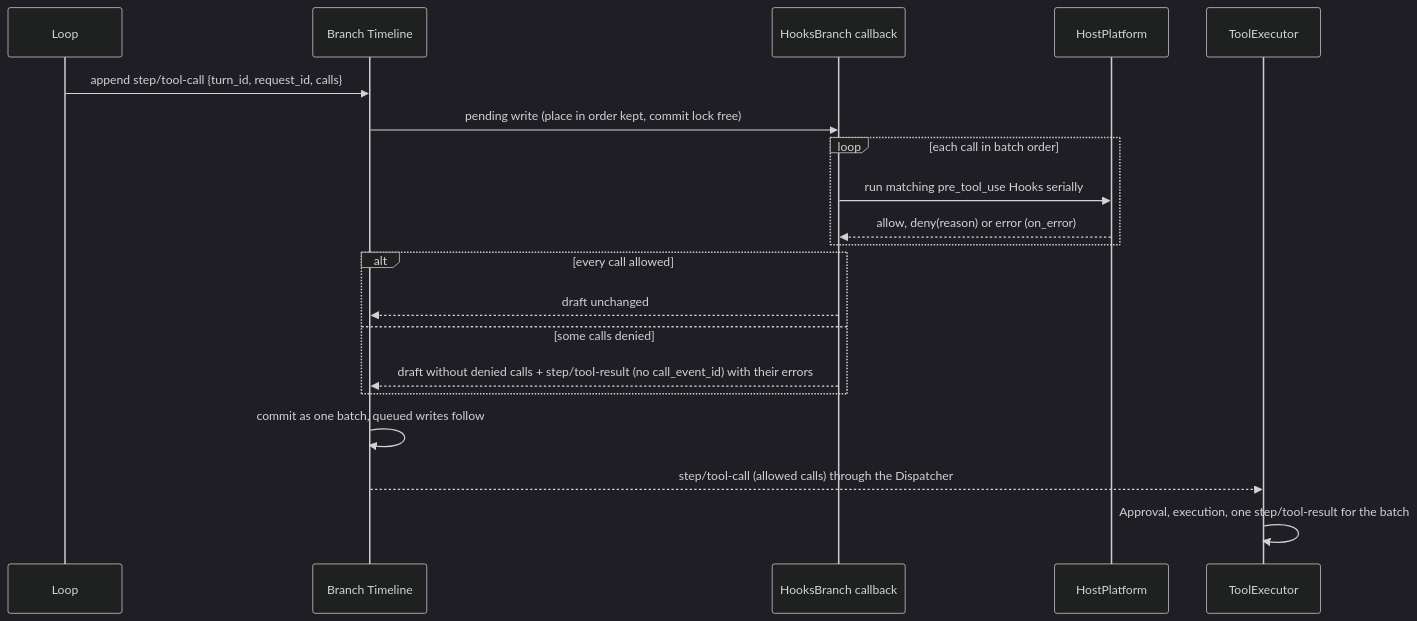
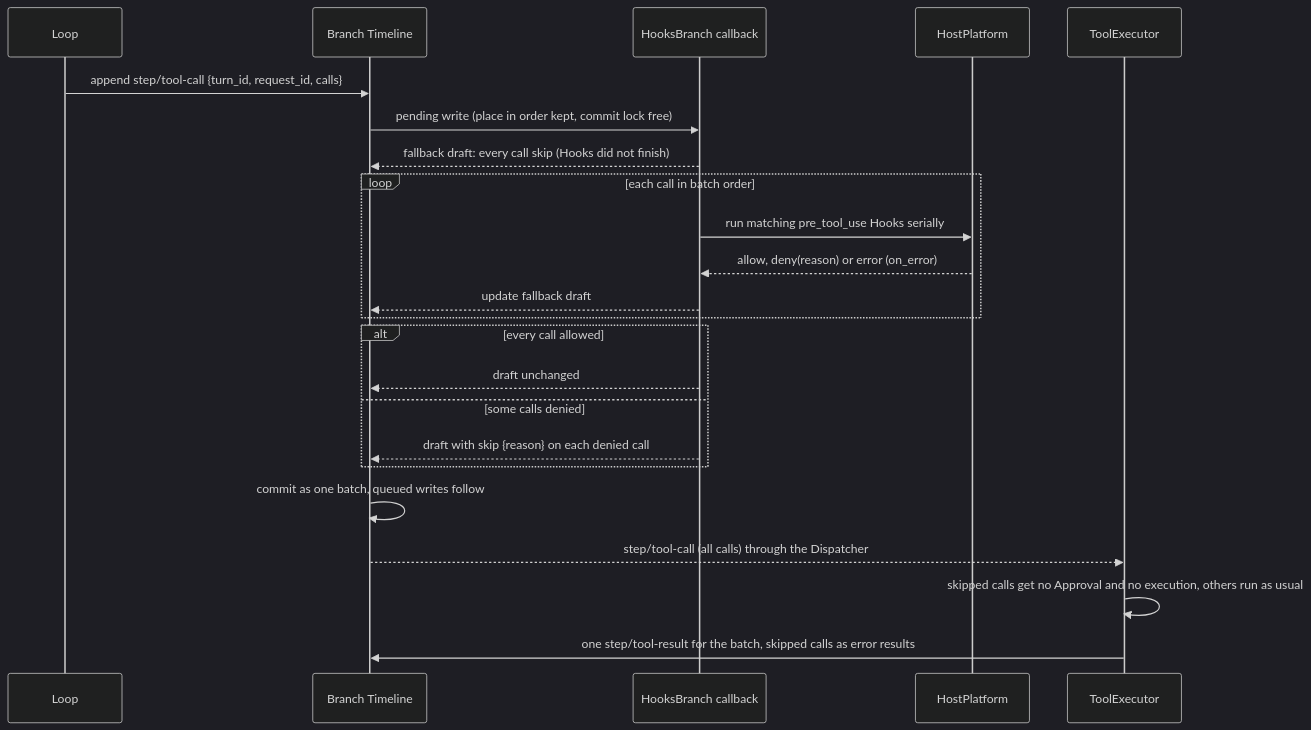
Before and after one commit to CoutinhoTTS/dim-agent: the third of 7 diagrams in docs/design/plugins/Hooks.md, drawn with Mermaid (dark theme). The commit also changed other lines of this file and 42 other files, not shown here.

````diff
--- a/docs/design/plugins/Hooks.md
+++ b/docs/design/plugins/Hooks.md
@@ -74,22 +74,25 @@
 ```mermaid
 sequenceDiagram
   participant LP as Loop
   participant TL as Branch Timeline
   participant HB as HooksBranch callback
   participant HP as HostPlatform
   participant TE as ToolExecutor
   LP->>TL: append step/tool-call {turn_id, request_id, calls}
   TL->>HB: pending write (place in order kept, commit lock free)
+  HB-->>TL: fallback draft: every call skip (Hooks did not finish)
   loop each call in batch order
     HB->>HP: run matching pre_tool_use Hooks serially
     HP-->>HB: allow, deny(reason) or error (on_error)
+    HB-->>TL: update fallback draft
   end
   alt every call allowed
     HB-->>TL: draft unchanged
   else some calls denied
-    HB-->>TL: draft without denied calls + step/tool-result (no call_event_id) with their errors
+    HB-->>TL: draft with skip {reason} on each denied call
   end
   TL->>TL: commit as one batch, queued writes follow
-  TL-->>TE: step/tool-call (allowed calls) through the Dispatcher
-  TE->>TE: Approval, execution, one step/tool-result for the batch
+  TL-->>TE: step/tool-call (all calls) through the Dispatcher
+  TE->>TE: skipped calls get no Approval and no execution, others run as usual
+  TE->>TL: one step/tool-result for the batch, skipped calls as error results
 ```
````
